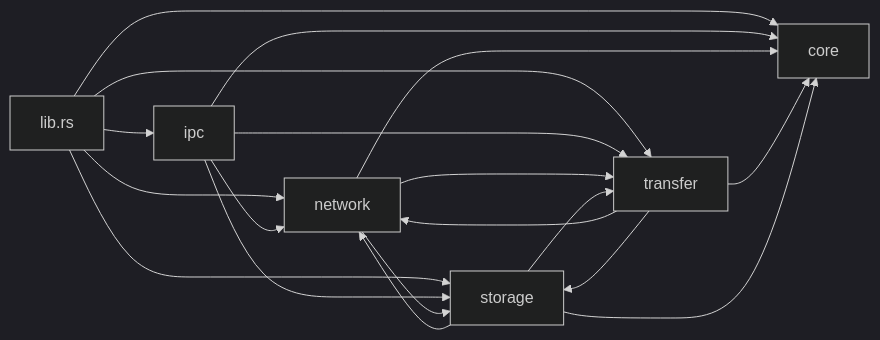
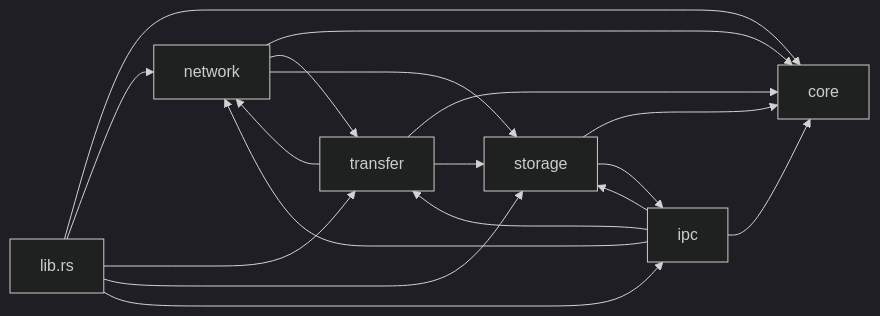
One commit to pardonhan/chuanshu-app changed the third of 4 diagrams in docs/wiki/01-architecture.md. Above: the diagram before and after it, drawn with Mermaid (dark theme). The commit also changed other lines of this file and 10 other files, not shown here.

````diff
--- a/docs/wiki/01-architecture.md
+++ b/docs/wiki/01-architecture.md
@@ -110,25 +110,24 @@
 ```mermaid
 flowchart LR
   lib["lib.rs"] --> core
   lib --> network
   lib --> transfer
   lib --> storage
   lib --> ipc
 
   ipc --> core
-  ipc --> network
   ipc --> transfer
   ipc --> storage
+  ipc --> network
 
   network --> core
+  network --> transfer
   network --> storage
-  network --> transfer
 
   transfer --> core
   transfer --> network
   transfer --> storage
 
   storage --> core
-  storage --> transfer
-  storage --> network
+  storage --> ipc
 ```
````
